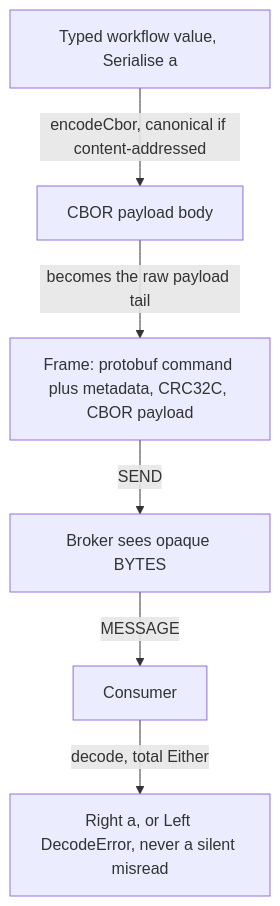
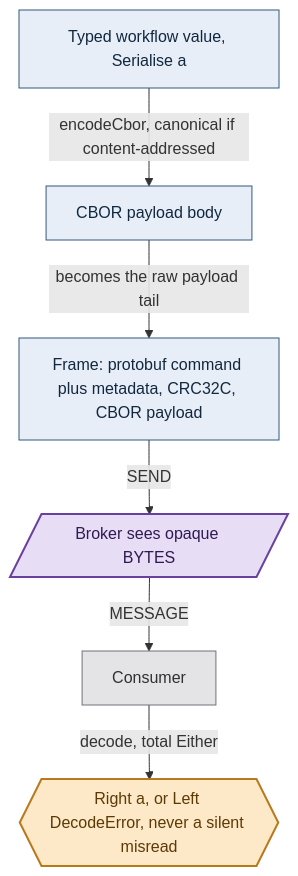
Before and after one commit to Tuee22/amoebius: the second of 4 diagrams in documents/engineering/pulsar_client_doctrine.md, drawn with Mermaid. The commit also changed other lines of this file and 36 other files, not shown here.

````diff
--- a/documents/engineering/pulsar_client_doctrine.md
+++ b/documents/engineering/pulsar_client_doctrine.md
@@ -170,8 +172,12 @@
 ```mermaid
 flowchart TD
-  value[Typed workflow value, Serialise a] -->|encodeCbor, canonical if content-addressed| body[CBOR payload body]
-  body -->|becomes the raw payload tail| frame[Frame: protobuf command plus metadata, CRC32C, CBOR payload]
-  frame -->|SEND| broker[Broker sees opaque BYTES]
-  broker -->|MESSAGE| recv[Consumer]
-  recv -->|decode, total Either| out[Right a, or Left DecodeError, never a silent misread]
+  value["Typed workflow value, Serialise a"]:::intent -->|encodeCbor, canonical if content-addressed| body["CBOR payload body"]:::intent
+  body -->|becomes the raw payload tail| frame["Frame: protobuf command plus metadata, CRC32C, CBOR payload"]:::intent
+  frame -->|SEND| broker[/"Broker sees opaque BYTES"/]:::effect
+  broker -->|MESSAGE| recv["Consumer"]:::runtime
+  recv -->|decode, total Either| out{{"Right a, or Left DecodeError, never a silent misread"}}:::gate
+  classDef intent   fill:#e8eef7,stroke:#33587a,color:#12283f,stroke-width:1px
+  classDef effect   fill:#e7ddf5,stroke:#6b3fa0,color:#2f1a52,stroke-width:2px
+  classDef runtime  fill:#e4e4e7,stroke:#71717a,color:#2f2f35,stroke-width:1px
+  classDef gate     fill:#fde9c8,stroke:#b8791b,color:#5c3a06,stroke-width:2px
 ```
````
